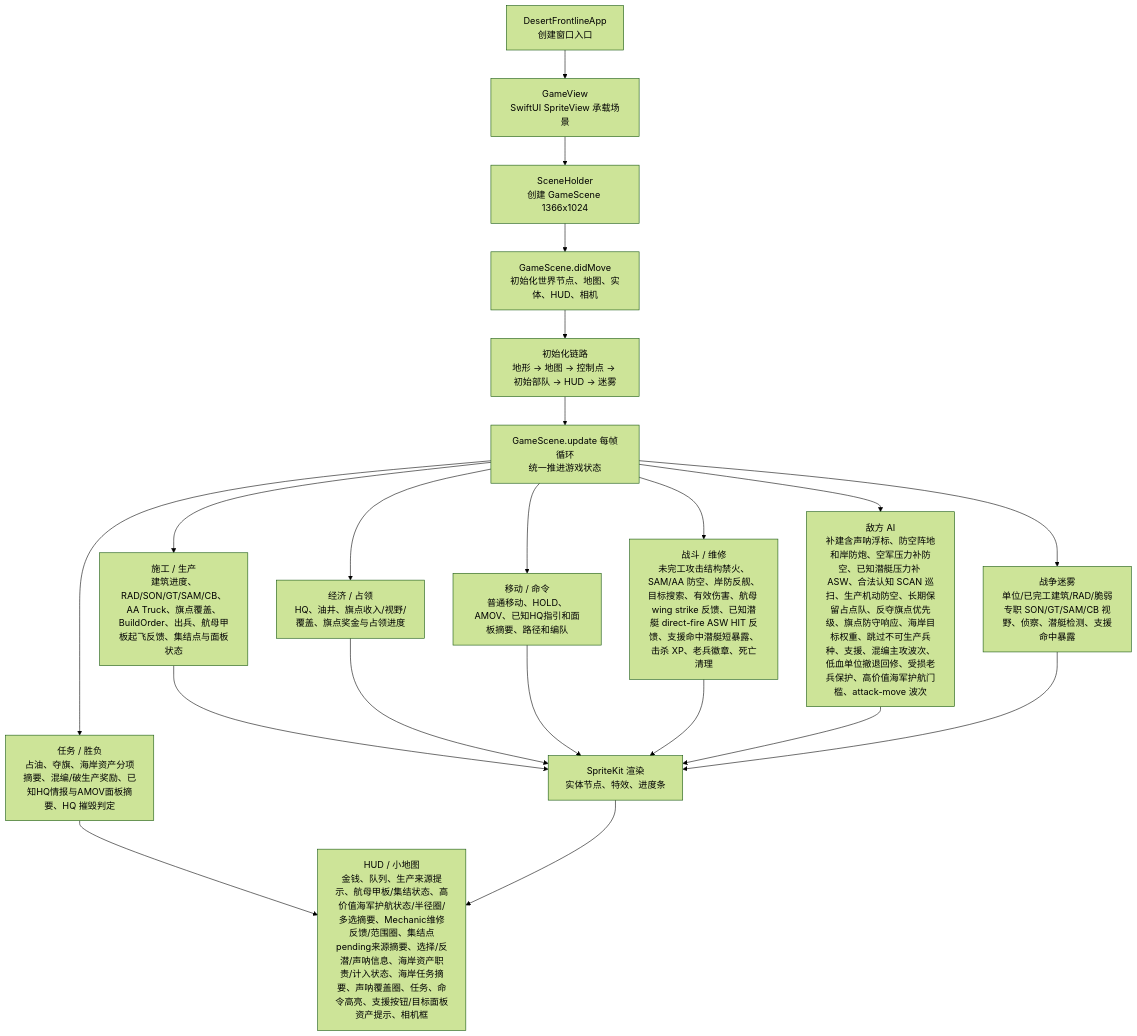
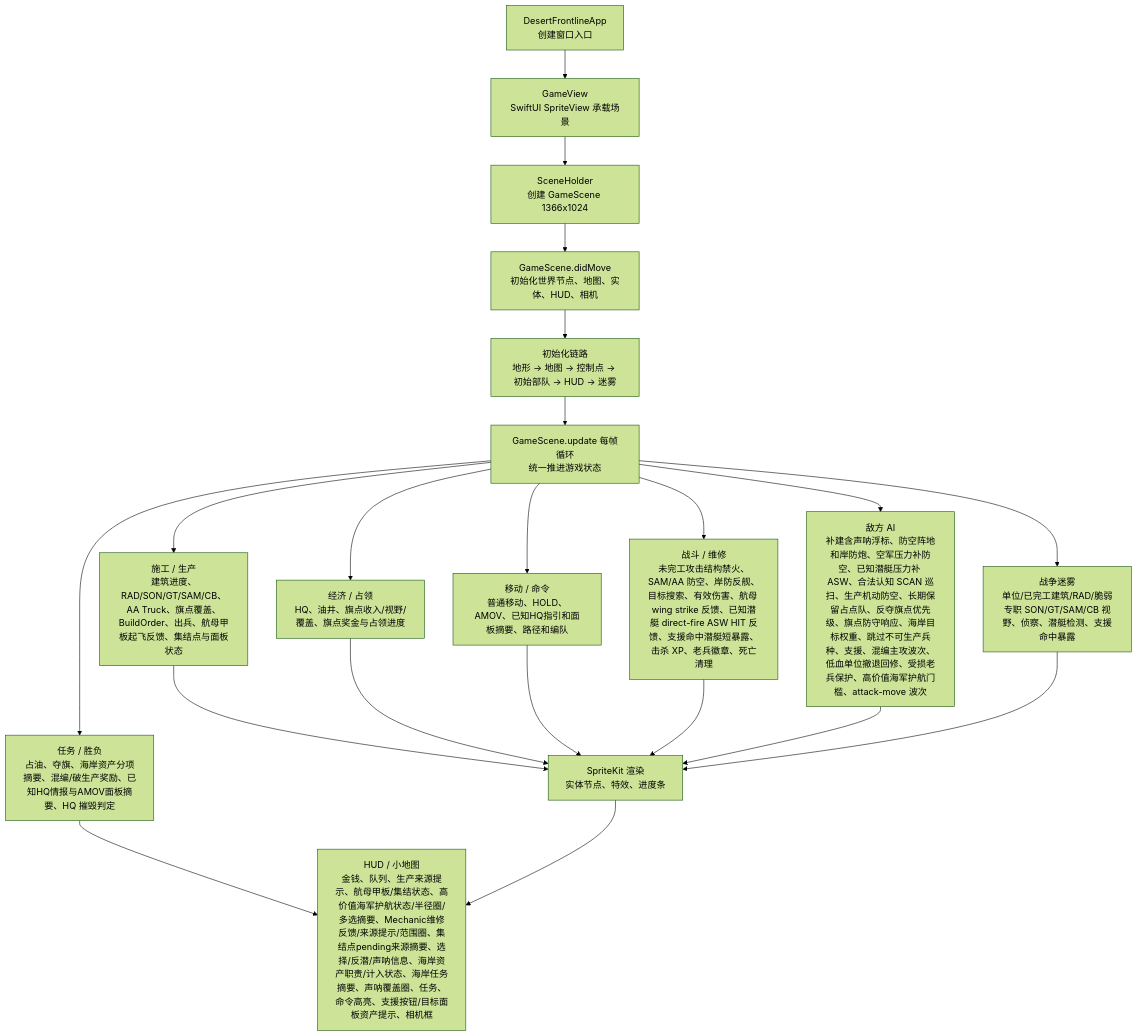
Before and after one commit to Altman-sam114/1145: the first of 3 diagrams in md/flow/flowchart.md, drawn with Mermaid (forest theme). The commit also changed 4 other files, not shown here.

````diff
--- a/md/flow/flowchart.md
+++ b/md/flow/flowchart.md
@@ -9,23 +9,23 @@
 ```mermaid
 flowchart TD
   App["DesertFrontlineApp\n创建窗口入口"] --> View["GameView\nSwiftUI SpriteView 承载场景"]
   View --> Holder["SceneHolder\n创建 GameScene 1366x1024"]
   Holder --> Scene["GameScene.didMove\n初始化世界节点、地图、实体、HUD、相机"]
   Scene --> Init["初始化链路\n地形 -> 地图 -> 控制点 -> 初始部队 -> HUD -> 迷雾"]
   Init --> Loop["GameScene.update 每帧循环\n统一推进游戏状态"]
   Loop --> Build["施工 / 生产\n建筑进度、RAD/SON/GT/SAM/CB、AA Truck、旗点覆盖、BuildOrder、出兵、航母甲板起飞反馈、集结点与面板状态"]
   Loop --> Economy["经济 / 占领\nHQ、油井、旗点收入/视野/覆盖、旗点奖金与占领进度"]
   Loop --> Commands["移动 / 命令\n普通移动、HOLD、AMOV、已知HQ指引和面板摘要、路径和编队"]
   Loop --> Combat["战斗 / 维修\n未完工攻击结构禁火、SAM/AA 防空、岸防反舰、目标搜索、有效伤害、航母 wing strike 反馈、已知潜艇 direct-fire ASW HIT 反馈、支援命中潜艇短暴露、击杀 XP、老兵徽章、死亡清理"]
   Loop --> AI["敌方 AI\n补建含声呐浮标、防空阵地和岸防炮、空军压力补防空、已知潜艇压力补 ASW、合法认知 SCAN 巡扫、生产机动防空、长期保留占点队、反夺旗点优先级、旗点防守响应、海岸目标权重、跳过不可生产兵种、支援、混编主攻波次、低血单位撤退回修、受损老兵保护、高价值海军护航门槛、attack-move 波次"]
   Loop --> Fog["战争迷雾\n单位/已完工建筑/RAD/脆弱专职 SON/GT/SAM/CB 视野、侦察、潜艇检测、支援命中暴露"]
   Loop --> Mission["任务 / 胜负\n占油、夺旗、海岸资产分项摘要、混编/破生产奖励、已知HQ情报与AMOV面板摘要、HQ 摧毁判定"]
   Build --> Render["SpriteKit 渲染\n实体节点、特效、进度条"]
   Economy --> Render
   Commands --> Render
   Combat --> Render
   AI --> Render
   Fog --> Render
-  Mission --> HUD["HUD / 小地图\n金钱、队列、生产来源提示、航母甲板/集结状态、高价值海军护航状态/半径圈/多选摘要、Mechanic维修反馈/范围圈、集结点pending来源摘要、选择/反潜/声呐信息、海岸资产职责/计入状态、海岸任务摘要、声呐覆盖圈、任务、命令高亮、支援按钮/目标面板资产提示、相机框"]
+  Mission --> HUD["HUD / 小地图\n金钱、队列、生产来源提示、航母甲板/集结状态、高价值海军护航状态/半径圈/多选摘要、Mechanic维修反馈/来源提示/范围圈、集结点pending来源摘要、选择/反潜/声呐信息、海岸资产职责/计入状态、海岸任务摘要、声呐覆盖圈、任务、命令高亮、支援按钮/目标面板资产提示、相机框"]
   Render --> HUD
 ```
````
